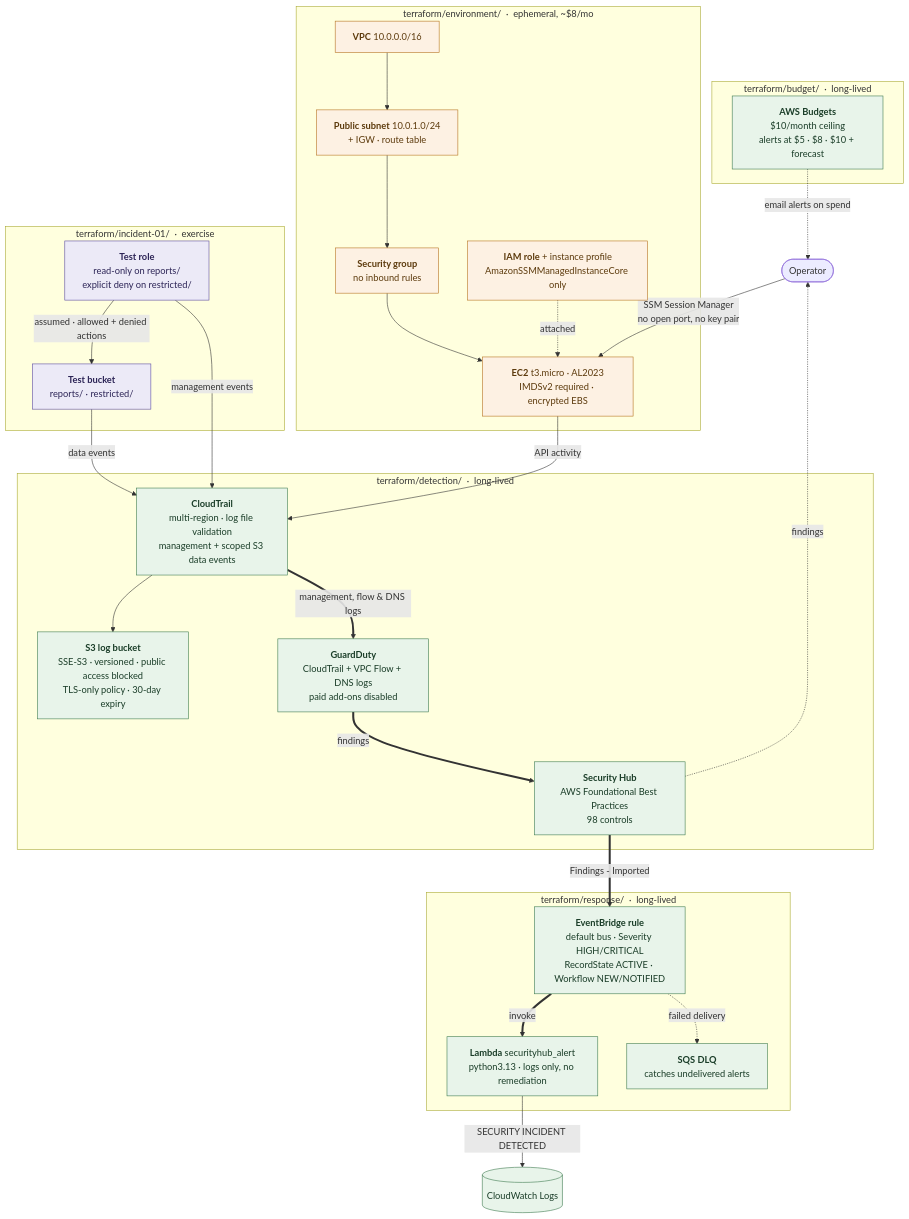
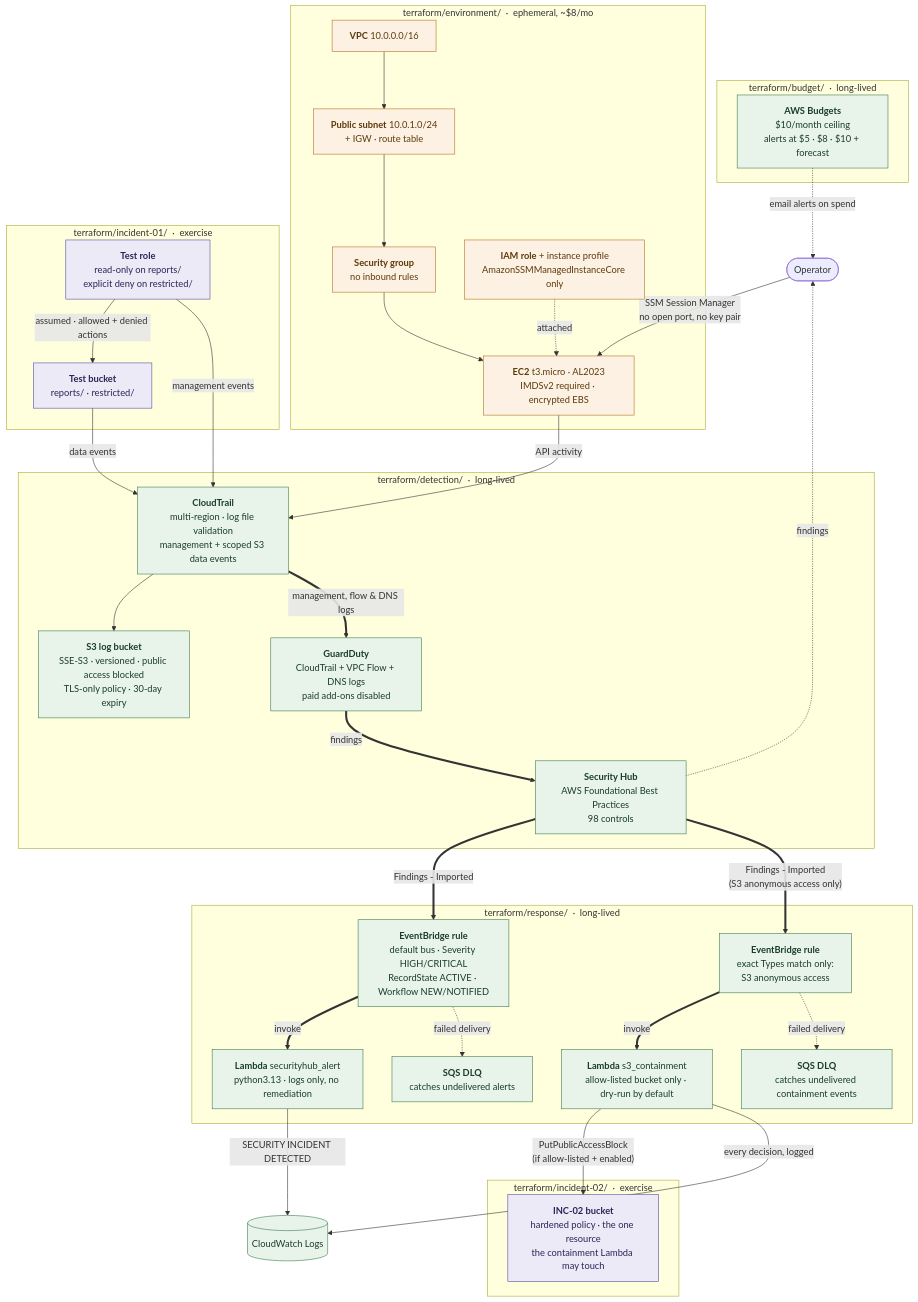
Before and after one commit to Mig1a/aws-cloud-security-lab: the diagram in README.md, drawn with Mermaid. The commit also changed other lines of this file and 15 other files, not shown here.

````diff
--- a/README.md
+++ b/README.md
@@ -59,59 +59,71 @@
 ```mermaid
 flowchart TB
     subgraph budget["terraform/budget/ &nbsp;·&nbsp; long-lived"]
         BUD["<b>AWS Budgets</b><br/>$10/month ceiling<br/>alerts at $5 · $8 · $10 + forecast"]
     end
 
     subgraph detection["terraform/detection/ &nbsp;·&nbsp; long-lived"]
         CT["<b>CloudTrail</b><br/>multi-region · log file validation<br/>management + scoped S3 data events"]
         S3L["<b>S3 log bucket</b><br/>SSE-S3 · versioned · public access blocked<br/>TLS-only policy · 30-day expiry"]
         GD["<b>GuardDuty</b><br/>CloudTrail + VPC Flow + DNS logs<br/>paid add-ons disabled"]
         SH["<b>Security Hub</b><br/>AWS Foundational Best Practices<br/>98 controls"]
     end
 
     subgraph response["terraform/response/ &nbsp;·&nbsp; long-lived"]
         EB["<b>EventBridge rule</b><br/>default bus · Severity HIGH/CRITICAL<br/>RecordState ACTIVE · Workflow NEW/NOTIFIED"]
         LAM["<b>Lambda</b> securityhub_alert<br/>python3.13 · logs only, no remediation"]
         DLQ["<b>SQS DLQ</b><br/>catches undelivered alerts"]
+        EB2["<b>EventBridge rule</b><br/>exact Types match only:<br/>S3 anonymous access"]
+        CLAM["<b>Lambda</b> s3_containment<br/>allow-listed bucket only · dry-run by default"]
+        CDLQ["<b>SQS DLQ</b><br/>catches undelivered containment events"]
     end
 
     subgraph env["terraform/environment/ &nbsp;·&nbsp; ephemeral, ~$8/mo"]
         VPC["<b>VPC</b> 10.0.0.0/16"]
         SUB["<b>Public subnet</b> 10.0.1.0/24<br/>+ IGW · route table"]
         SG["<b>Security group</b><br/>no inbound rules"]
         EC2["<b>EC2</b> t3.micro · AL2023<br/>IMDSv2 required · encrypted EBS"]
         ROLE["<b>IAM role</b> + instance profile<br/>AmazonSSMManagedInstanceCore only"]
     end
 
     subgraph inc["terraform/incident-01/ &nbsp;·&nbsp; exercise"]
         TROLE["<b>Test role</b><br/>read-only on reports/<br/>explicit deny on restricted/"]
         TB["<b>Test bucket</b><br/>reports/ · restricted/"]
+    end
+
+    subgraph inc2["terraform/incident-02/ &nbsp;·&nbsp; exercise"]
+        INC2B["<b>INC-02 bucket</b><br/>hardened policy · the one resource<br/>the containment Lambda may touch"]
     end
 
     OP(["Operator"]) -->|"SSM Session Manager<br/>no open port, no key pair"| EC2
     VPC --> SUB --> SG --> EC2
     ROLE -.attached.-> EC2
 
     EC2 -->|API activity| CT
     TROLE -->|"assumed · allowed + denied actions"| TB
     TB -->|data events| CT
     TROLE -->|management events| CT
 
     CT --> S3L
     CT ==>|"management, flow & DNS logs"| GD
     GD ==>|findings| SH
     SH ==>|"Findings - Imported"| EB
     EB ==>|invoke| LAM
     EB -.->|"failed delivery"| DLQ
     LAM -->|"SECURITY INCIDENT DETECTED"| CWL[("CloudWatch Logs")]
+    SH ==>|"Findings - Imported<br/>(S3 anonymous access only)"| EB2
+    EB2 ==>|invoke| CLAM
+    EB2 -.->|"failed delivery"| CDLQ
+    CLAM -->|"PutPublicAccessBlock<br/>(if allow-listed + enabled)"| INC2B
+    CLAM -->|"every decision, logged"| CWL
 
     BUD -.->|"email alerts on spend"| OP
     SH -.->|findings| OP
 
     classDef longlived fill:#e8f4ea,stroke:#3d7a4f,color:#1a3d28
     classDef ephemeral fill:#fdf1e3,stroke:#b5711f,color:#5c3a0c
     classDef exercise fill:#eceaf7,stroke:#5b4b9e,color:#2c2456
-    class BUD,CT,S3L,GD,SH,EB,LAM,DLQ,CWL longlived
+    class BUD,CT,S3L,GD,SH,EB,LAM,DLQ,EB2,CLAM,CDLQ,CWL longlived
     class VPC,SUB,SG,EC2,ROLE ephemeral
-    class TROLE,TB exercise
+    class TROLE,TB,INC2B exercise
 ```
````
